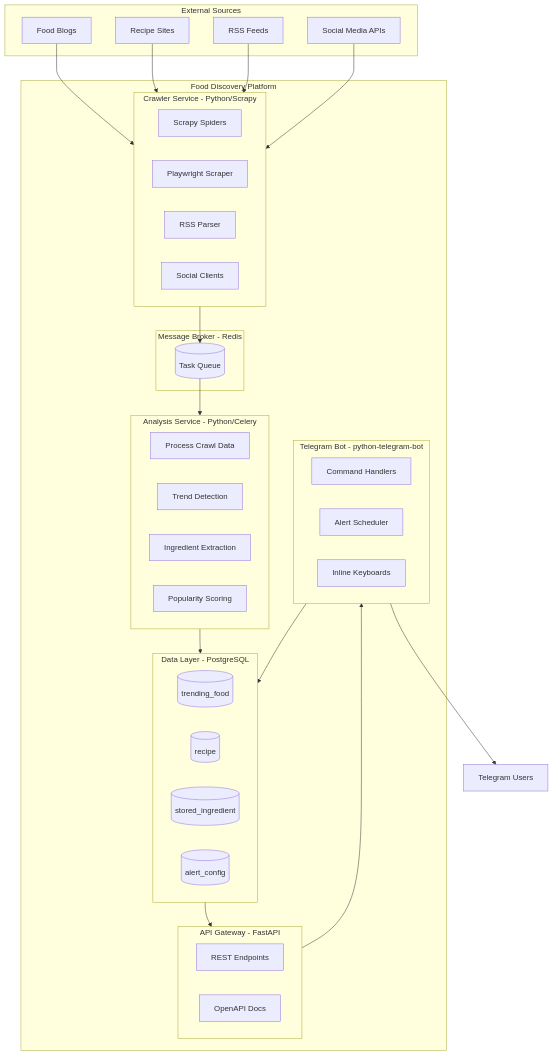
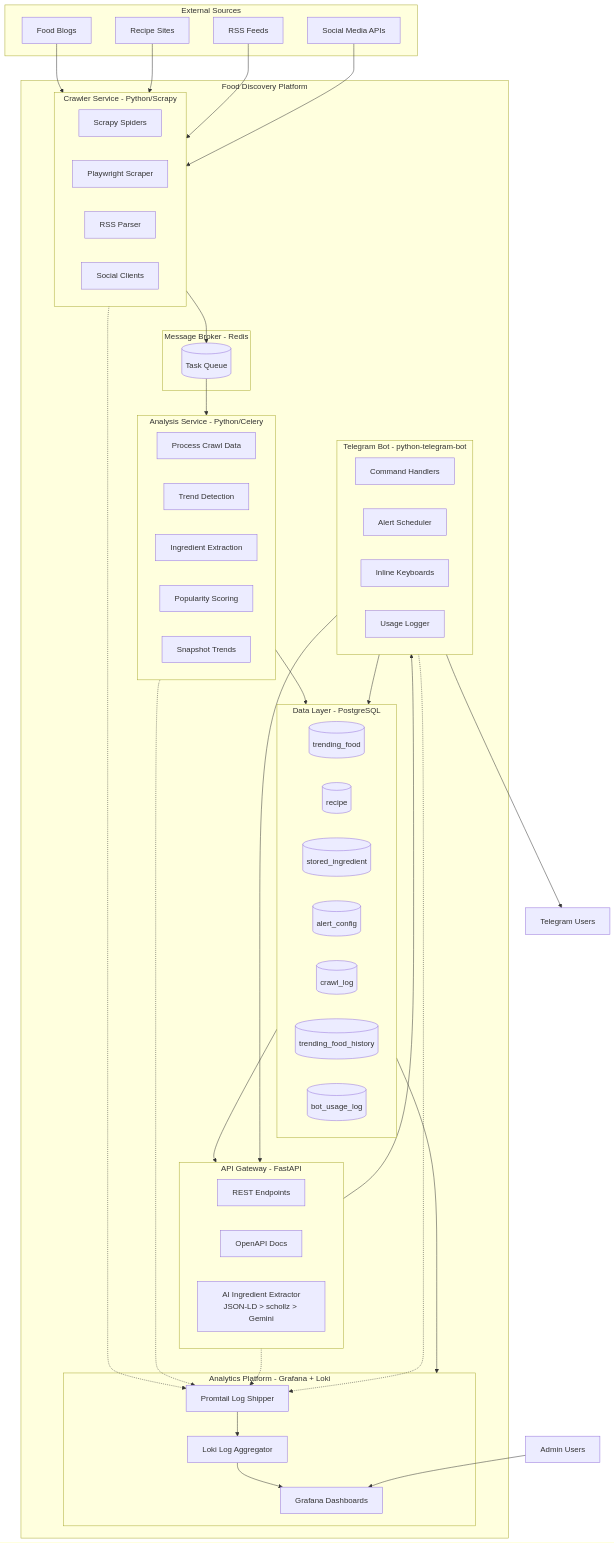
One commit to Sherayu/BlockChainFood changed the first of 10 diagrams in README.md. Above: the diagram before and after it, drawn with Mermaid. The commit also changed other lines of this file and 41 other files, not shown here.

First line of the commit message:
fix: implement three-tier AI ingredient extractor, fix crawler bugs, add analytics stack

````diff
--- a/README.md
+++ b/README.md
@@ -30,11 +32,13 @@
             TD[Trend Detection]
             IE[Ingredient Extraction]
             PS2[Popularity Scoring]
+            ST[Snapshot Trends]
         end
 
         subgraph API["API Gateway - FastAPI"]
             GW[REST Endpoints]
             SW[OpenAPI Docs]
+            AE[AI Ingredient Extractor<br/>JSON-LD > schollz > Gemini]
         end
 
         subgraph DB["Data Layer - PostgreSQL"]
@@ -42,12 +46,22 @@
             RC[(recipe)]
             SI[(stored_ingredient)]
             AC[(alert_config)]
+            CL[(crawl_log)]
+            TFH[(trending_food_history)]
+            BUL[(bot_usage_log)]
         end
 
         subgraph Bot["Telegram Bot - python-telegram-bot"]
             CH[Command Handlers]
             AS[Alert Scheduler]
             NK[Inline Keyboards]
+            UL[Usage Logger]
+        end
+
+        subgraph Analytics["Analytics Platform - Grafana + Loki"]
+            GR[Grafana Dashboards]
+            LK[Loki Log Aggregator]
+            PT[Promtail Log Shipper]
         end
     end
 
@@ -62,6 +76,16 @@
     DB --> API
     API --> Bot
     Bot --> DB
+    Bot --> API
+
+    DB --> Analytics
+    Crawler -.-> PT
+    Analysis -.-> PT
+    API -.-> PT
+    Bot -.-> PT
+    PT --> LK
+    LK --> GR
 
     Bot --> Users[Telegram Users]
+    Users2[Admin Users] --> GR
 ```
````
